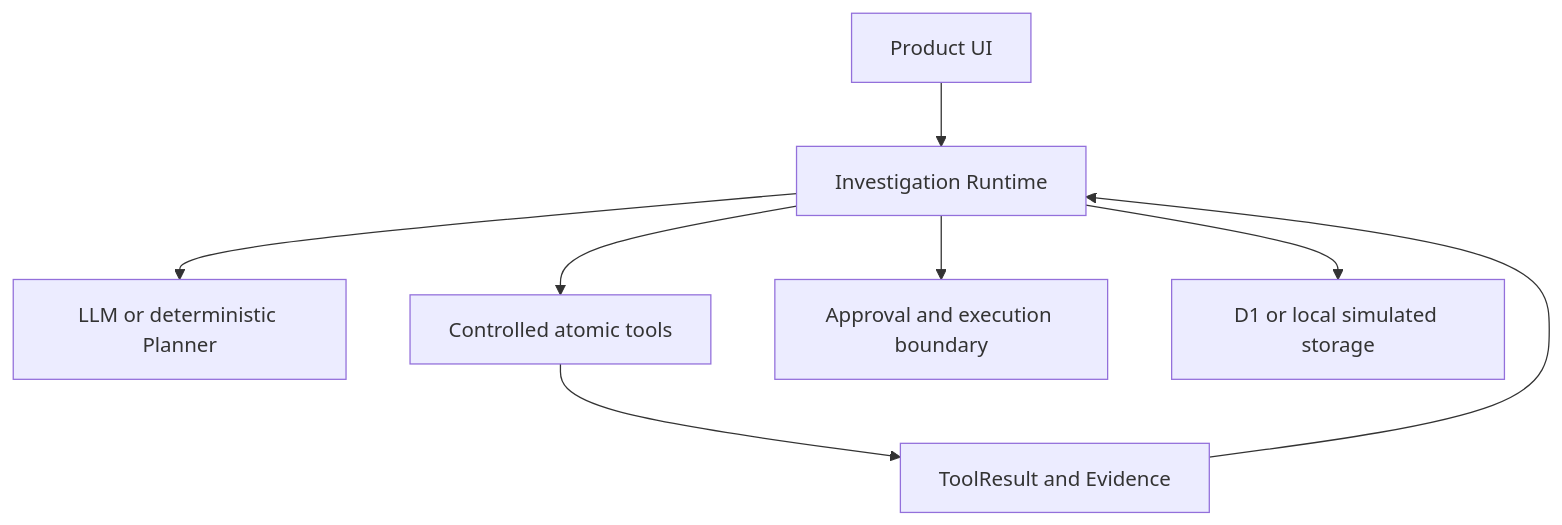
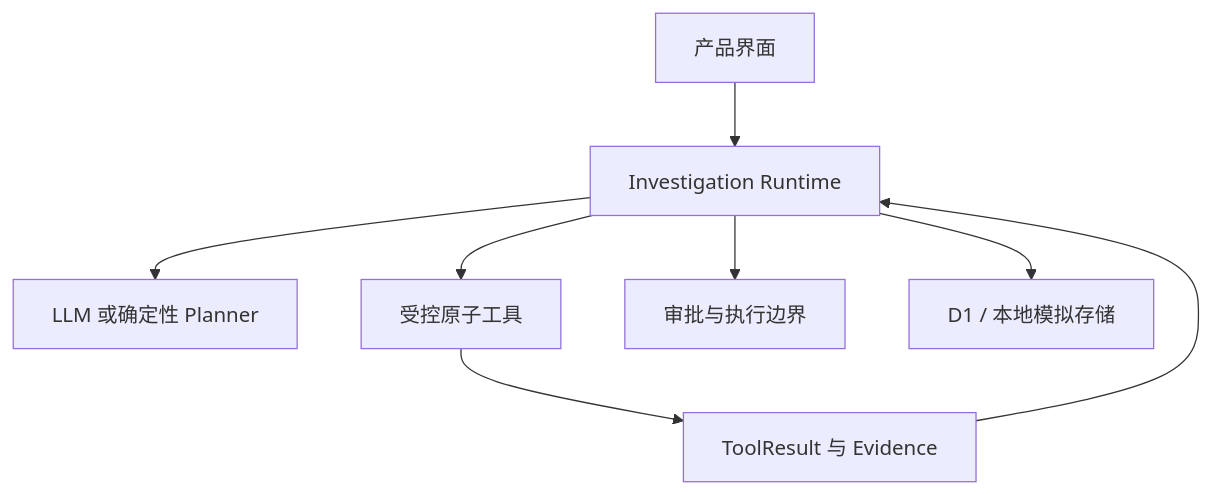
Before and after one commit to Eason4real/releaseguard-ai: the second of 2 diagrams in README.md, drawn with Mermaid. The commit also changed other lines of this file and 4 other files, not shown here.

````diff
--- a/README.md
+++ b/README.md
@@ -51,10 +53,10 @@
 ```mermaid
 flowchart TD
-    UI[Product UI] --> Runtime[Investigation Runtime]
-    Runtime --> Planner[LLM or deterministic Planner]
-    Runtime --> Tools[Controlled atomic tools]
-    Tools --> Evidence[ToolResult and Evidence]
+    UI[产品界面] --> Runtime[Investigation Runtime]
+    Runtime --> Planner[LLM 或确定性 Planner]
+    Runtime --> Tools[受控原子工具]
+    Tools --> Evidence[ToolResult 与 Evidence]
     Evidence --> Runtime
-    Runtime --> Approval[Approval and execution boundary]
-    Runtime --> Store[D1 or local simulated storage]
+    Runtime --> Approval[审批与执行边界]
+    Runtime --> Store[D1 / 本地模拟存储]
 ```
````
